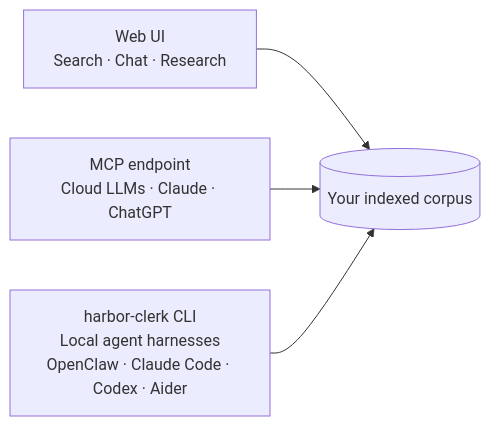
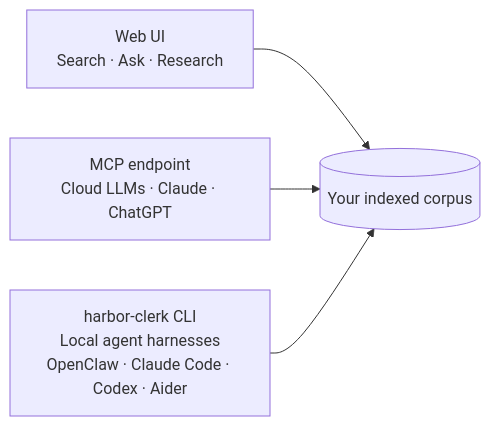
The third of 3 diagrams in README.md (r0shi/harborclerk), drawn with Mermaid before and after one commit. The commit also changed other lines of this file and 3 other files, not shown here.

````diff
--- a/README.md
+++ b/README.md
@@ -63,10 +63,10 @@
 ```mermaid
 graph LR
     corpus[("Your indexed corpus")]
-    web["Web UI<br/>Search · Chat · Research"]
+    web["Web UI<br/>Search · Ask · Research"]
     mcp["MCP endpoint<br/>Cloud LLMs · Claude · ChatGPT"]
     cli["harbor-clerk CLI<br/>Local agent harnesses<br/>OpenClaw · Claude Code · Codex · Aider"]
     web --> corpus
     mcp --> corpus
     cli --> corpus
 ```
````
